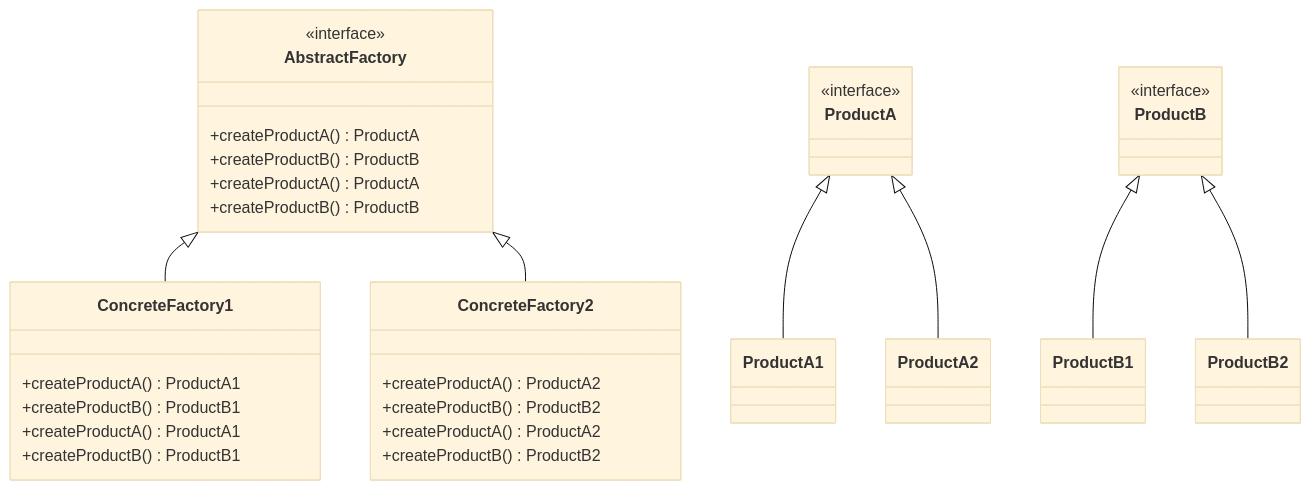
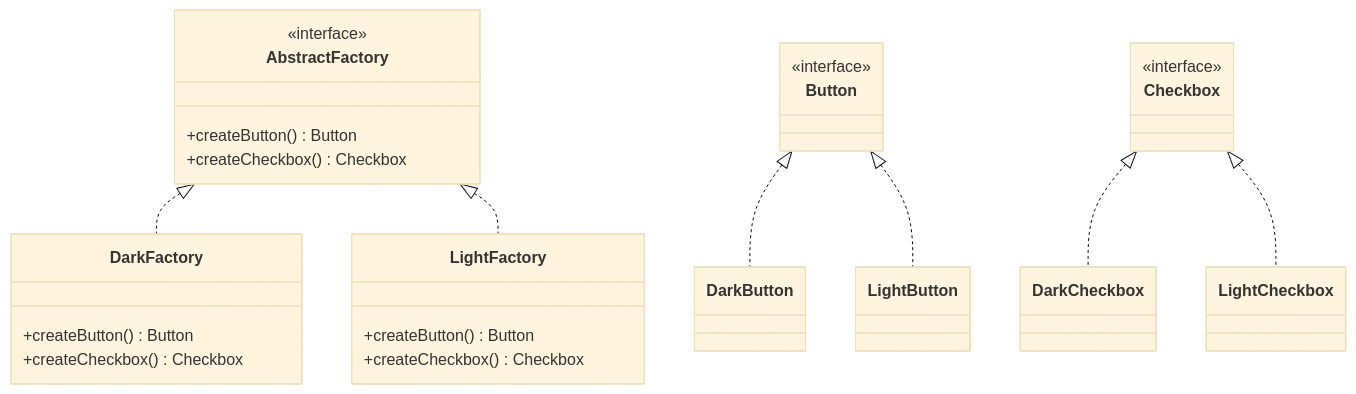
Before and after one commit to ChicoDotNet/Genkidama: the diagram in wiki/AbstractFactory.md, drawn with Mermaid (base theme). The commit also changed other lines of this file, not shown here.

Commit message:
docs: retrofit Abstract Factory to KB-006

````diff
--- a/wiki/AbstractFactory.md
+++ b/wiki/AbstractFactory.md
@@ -13,39 +54,29 @@
 ```mermaid
 classDiagram
-    AbstractFactory <|-- ConcreteFactory1
-    AbstractFactory <|-- ConcreteFactory2
-    AbstractFactory : +createProductA() ProductA
-    AbstractFactory : +createProductB() ProductB
-    ConcreteFactory1 : +createProductA() ProductA1
-    ConcreteFactory1 : +createProductB() ProductB1
-    ConcreteFactory2 : +createProductA() ProductA2
-    ConcreteFactory2 : +createProductB() ProductB2
-    ProductA <|-- ProductA1
-    ProductA <|-- ProductA2
-    ProductB <|-- ProductB1
-    ProductB <|-- ProductB2
+    AbstractFactory <|.. DarkFactory
+    AbstractFactory <|.. LightFactory
+    Button <|.. DarkButton
+    Button <|.. LightButton
+    Checkbox <|.. DarkCheckbox
+    Checkbox <|.. LightCheckbox
 
     class AbstractFactory {
       <<interface>>
-      +createProductA() ProductA
-      +createProductB() ProductB
+      +createButton() Button
+      +createCheckbox() Checkbox
     }
-    class ConcreteFactory1 {
-      +createProductA() ProductA1
-      +createProductB() ProductB1
+    class DarkFactory {
+      +createButton() Button
+      +createCheckbox() Checkbox
     }
-    class ConcreteFactory2 {
-      +createProductA() ProductA2
-      +createProductB() ProductB2
+    class LightFactory {
+      +createButton() Button
+      +createCheckbox() Checkbox
     }
-    class ProductA {
+    class Button {
       <<interface>>
     }
-    class ProductB {
+    class Checkbox {
       <<interface>>
     }
-    class ProductA1
-    class ProductA2
-    class ProductB1
-    class ProductB2
 ```
````
